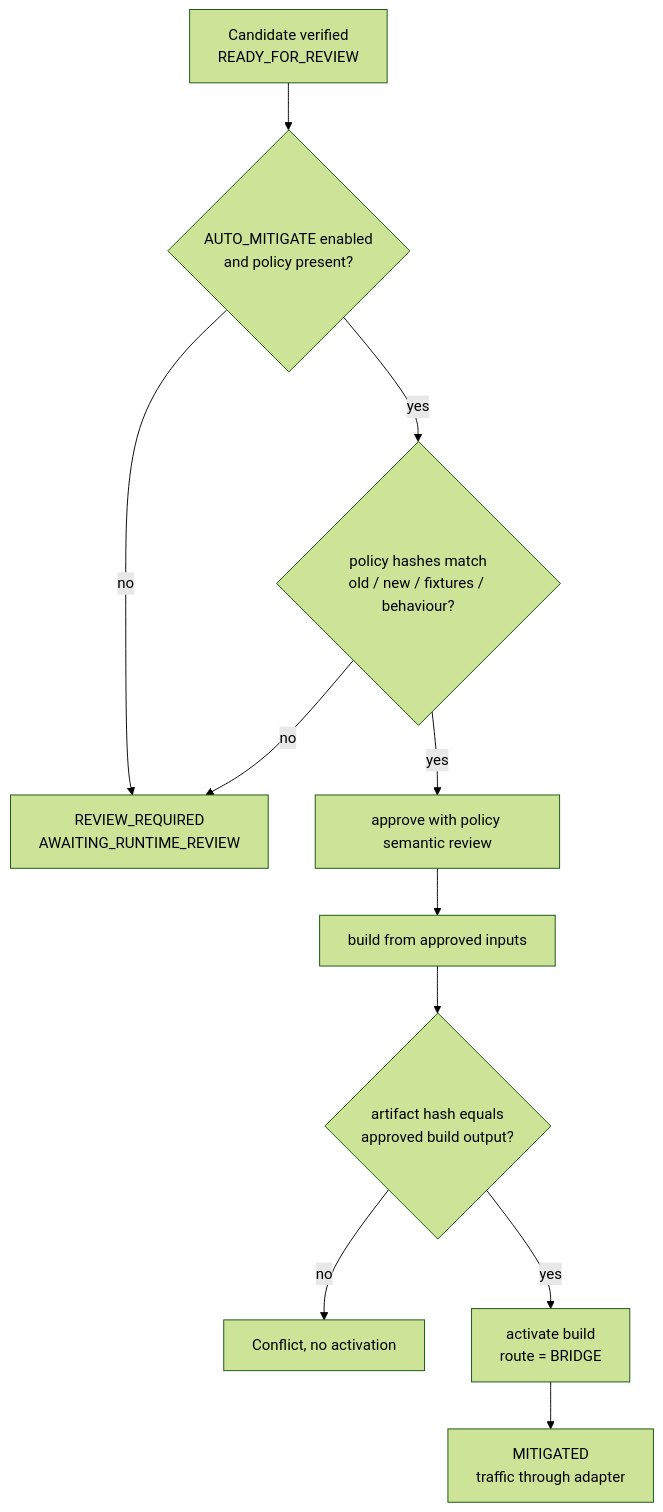
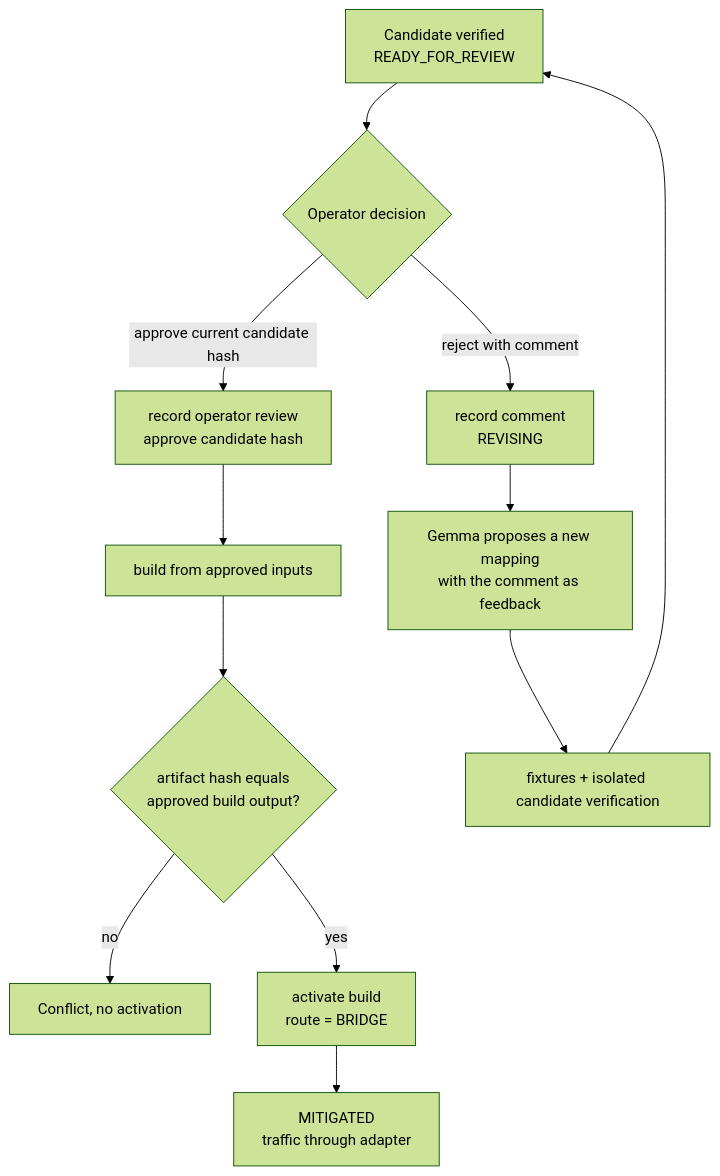
The ninth of 17 diagrams in docs/low-level-design.md (mtwn105/contractbridge), drawn with Mermaid (forest theme) before and after one commit. The commit also changed other lines of this file and 25 other files, not shown here.

First line of the commit message:
Replace pinned mitigation policy with operator review loop

````diff
--- a/docs/low-level-design.md
+++ b/docs/low-level-design.md
@@ -465,13 +465,14 @@
 ```mermaid
 flowchart TD
-    A["Candidate verified<br/>READY_FOR_REVIEW"] --> B{"AUTO_MITIGATE enabled<br/>and policy present?"}
-    B -->|no| C["REVIEW_REQUIRED<br/>AWAITING_RUNTIME_REVIEW"]
-    B -->|yes| D{"policy hashes match<br/>old / new / fixtures / behaviour?"}
-    D -->|no| C
-    D -->|yes| E["approve with policy semantic review"]
-    E --> F["build from approved inputs"]
-    F --> G{"artifact hash equals<br/>approved build output?"}
-    G -->|no| H["Conflict, no activation"]
-    G -->|yes| I["activate build<br/>route = BRIDGE"]
-    I --> J["MITIGATED<br/>traffic through adapter"]
+    A["Candidate verified<br/>READY_FOR_REVIEW"] --> B{"Operator decision"}
+    B -->|approve current candidate hash| C["record operator review<br/>approve candidate hash"]
+    C --> D["build from approved inputs"]
+    D --> E{"artifact hash equals<br/>approved build output?"}
+    E -->|no| F["Conflict, no activation"]
+    E -->|yes| G["activate build<br/>route = BRIDGE"]
+    G --> H["MITIGATED<br/>traffic through adapter"]
+    B -->|reject with comment| I["record comment<br/>REVISING"]
+    I --> J["Gemma proposes a new mapping<br/>with the comment as feedback"]
+    J --> K["fixtures + isolated candidate verification"]
+    K --> A
 ```
````
